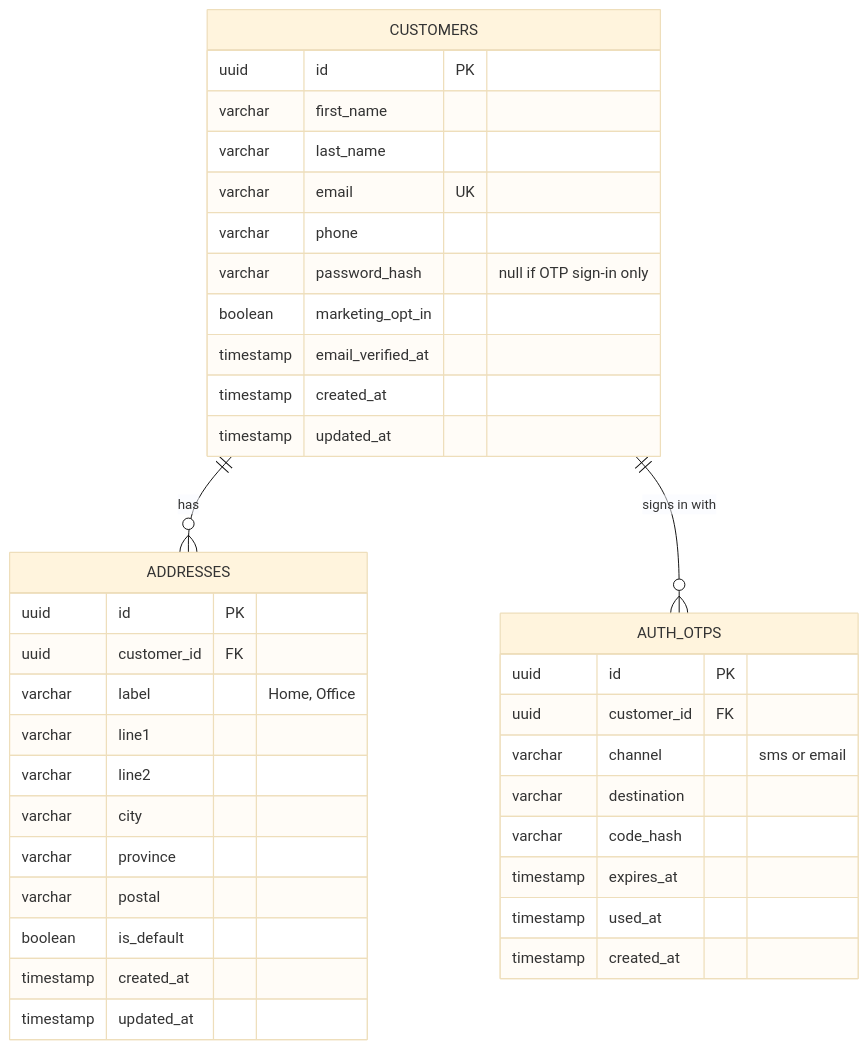
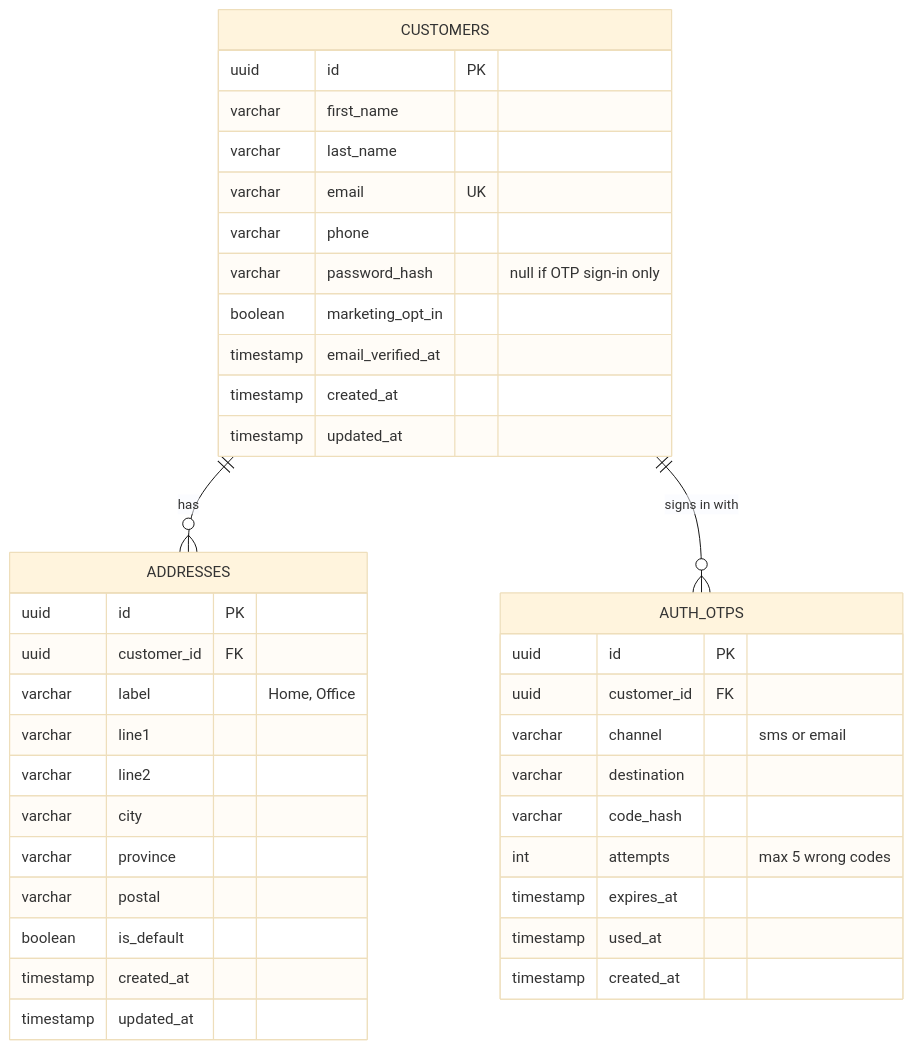
One commit to autoforgesystem/hiq-shop-apps changed the second of 6 diagrams in docs/DATABASE.md. Above: the diagram before and after it, drawn with Mermaid (base theme). The commit also changed other lines of this file and 3 other files, not shown here.

````diff
--- a/docs/DATABASE.md
+++ b/docs/DATABASE.md
@@ -37,41 +37,42 @@
 ```mermaid
 erDiagram
     CUSTOMERS ||--o{ ADDRESSES : has
     CUSTOMERS ||--o{ AUTH_OTPS : "signs in with"
 
     CUSTOMERS {
         uuid id PK
         varchar first_name
         varchar last_name
         varchar email UK
         varchar phone
         varchar password_hash "null if OTP sign-in only"
         boolean marketing_opt_in
         timestamp email_verified_at
         timestamp created_at
         timestamp updated_at
     }
     ADDRESSES {
         uuid id PK
         uuid customer_id FK
         varchar label "Home, Office"
         varchar line1
         varchar line2
         varchar city
         varchar province
         varchar postal
         boolean is_default
         timestamp created_at
         timestamp updated_at
     }
     AUTH_OTPS {
         uuid id PK
         uuid customer_id FK
         varchar channel "sms or email"
         varchar destination
         varchar code_hash
+        int attempts "max 5 wrong codes"
         timestamp expires_at
         timestamp used_at
         timestamp created_at
     }
 ```
````
